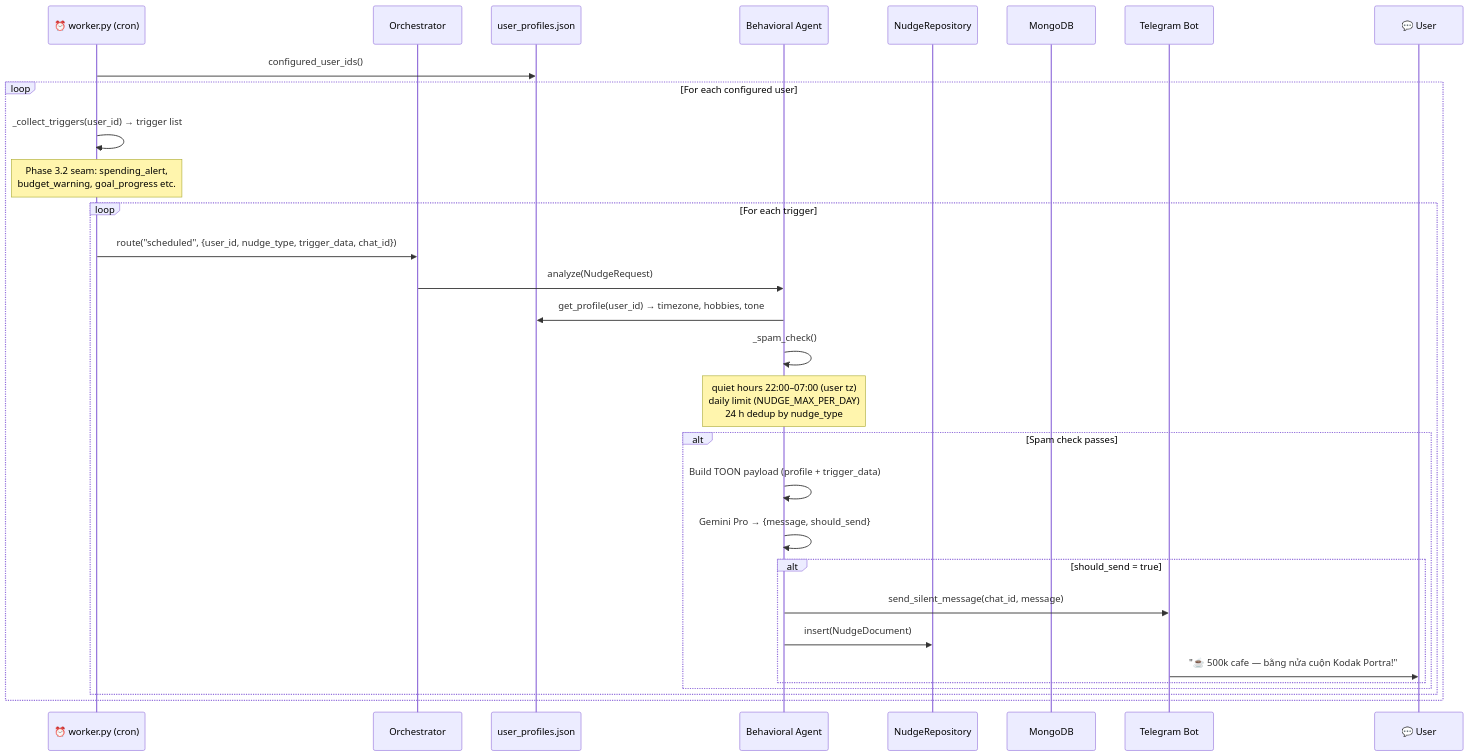
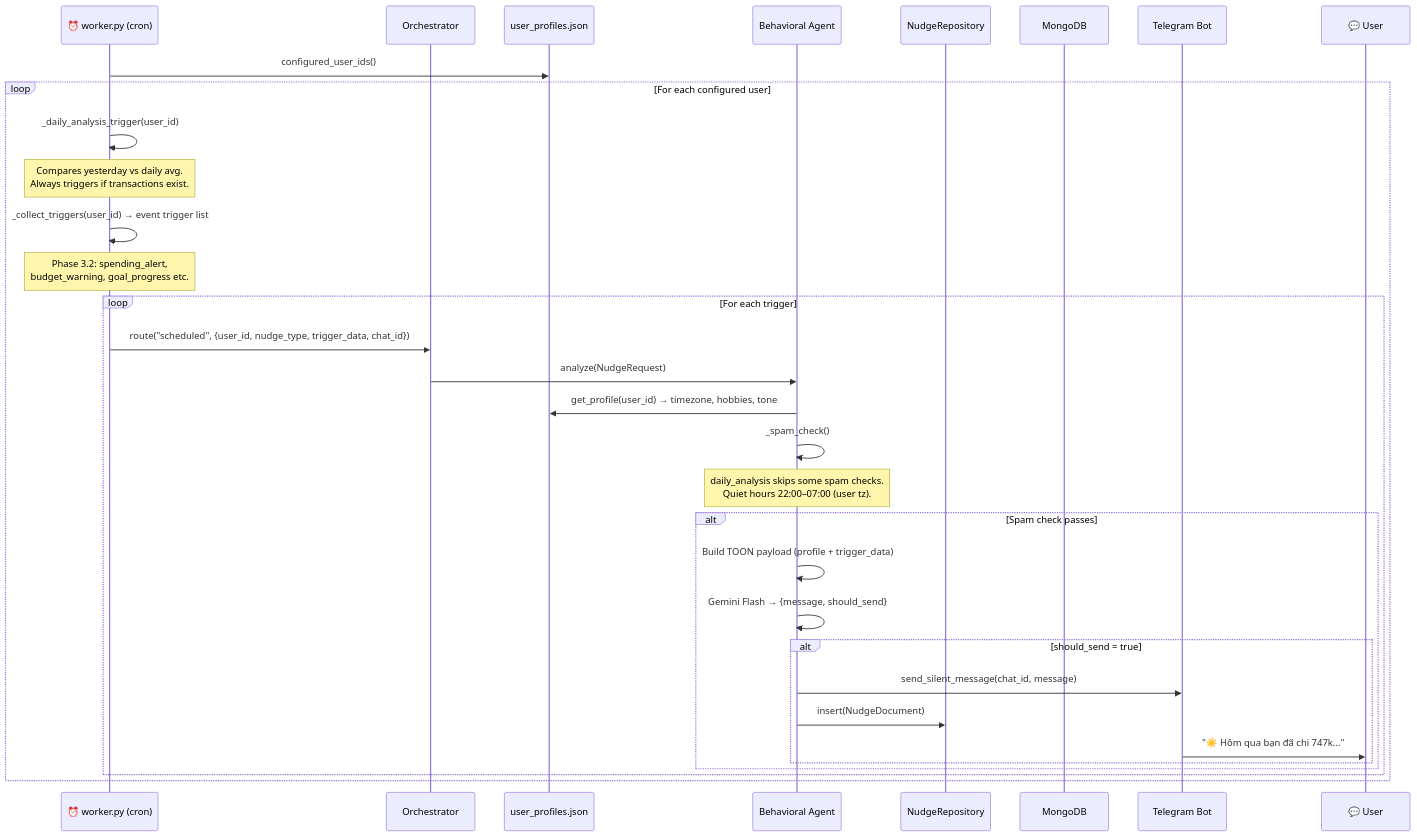
One commit to nqhuy44/chiwi changed the fourth of 20 diagrams in docs/FLOWS.md. Above: the diagram before and after it, drawn with Mermaid. The commit also changed 12 other files, not shown here.

Commit message:
enhance nudge daily and api to query same period

````diff
--- a/docs/FLOWS.md
+++ b/docs/FLOWS.md
@@ -97,33 +97,35 @@
 ```mermaid
 sequenceDiagram
     participant Cron as ⏰ worker.py (cron)
     participant Orch as Orchestrator
     participant Profiles as user_profiles.json
     participant BA as Behavioral Agent
     participant NudgeRepo as NudgeRepository
     participant Mongo as MongoDB
     participant TG as Telegram Bot
     participant User as 💬 User
 
     Cron->>Profiles: configured_user_ids()
     loop For each configured user
-        Cron->>Cron: _collect_triggers(user_id) → trigger list
-        Note over Cron: Phase 3.2 seam: spending_alert,<br/>budget_warning, goal_progress etc.
+        Cron->>Cron: _daily_analysis_trigger(user_id)
+        Note over Cron: Compares yesterday vs daily avg.<br/>Always triggers if transactions exist.
+        Cron->>Cron: _collect_triggers(user_id) → event trigger list
+        Note over Cron: Phase 3.2: spending_alert,<br/>budget_warning, goal_progress etc.
         loop For each trigger
             Cron->>Orch: route("scheduled", {user_id, nudge_type, trigger_data, chat_id})
             Orch->>BA: analyze(NudgeRequest)
             BA->>Profiles: get_profile(user_id) → timezone, hobbies, tone
             BA->>BA: _spam_check()
-            Note over BA: quiet hours 22:00–07:00 (user tz)<br/>daily limit (NUDGE_MAX_PER_DAY)<br/>24 h dedup by nudge_type
+            Note over BA: daily_analysis skips some spam checks.<br/>Quiet hours 22:00–07:00 (user tz).
             alt Spam check passes
                 BA->>BA: Build TOON payload (profile + trigger_data)
-                BA->>BA: Gemini Pro → {message, should_send}
+                BA->>BA: Gemini Flash → {message, should_send}
                 alt should_send = true
                     BA->>TG: send_silent_message(chat_id, message)
                     BA->>NudgeRepo: insert(NudgeDocument)
-                    TG->>User: "☕ 500k cafe — bằng nửa cuộn Kodak Portra!"
+                    TG->>User: "☀️ Hôm qua bạn đã chi 747k..."
                 end
             end
         end
     end
 ```
````
